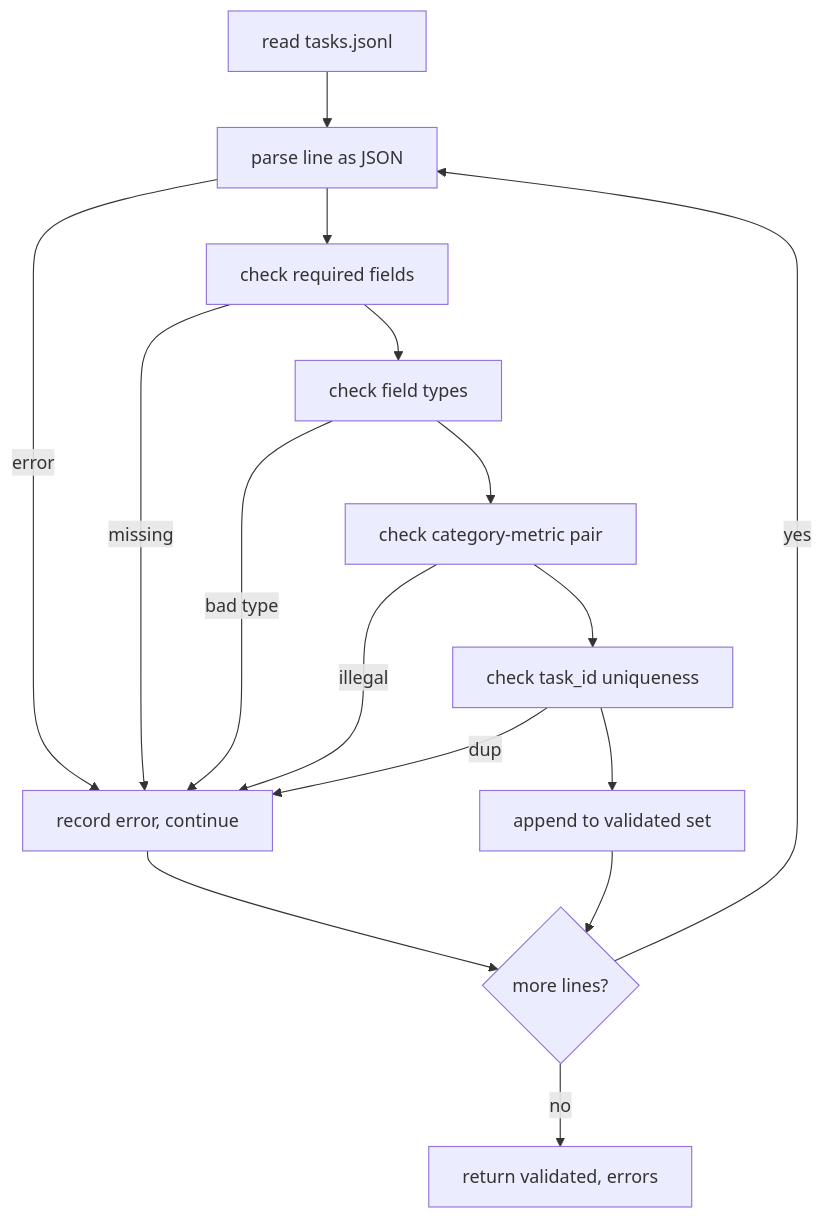
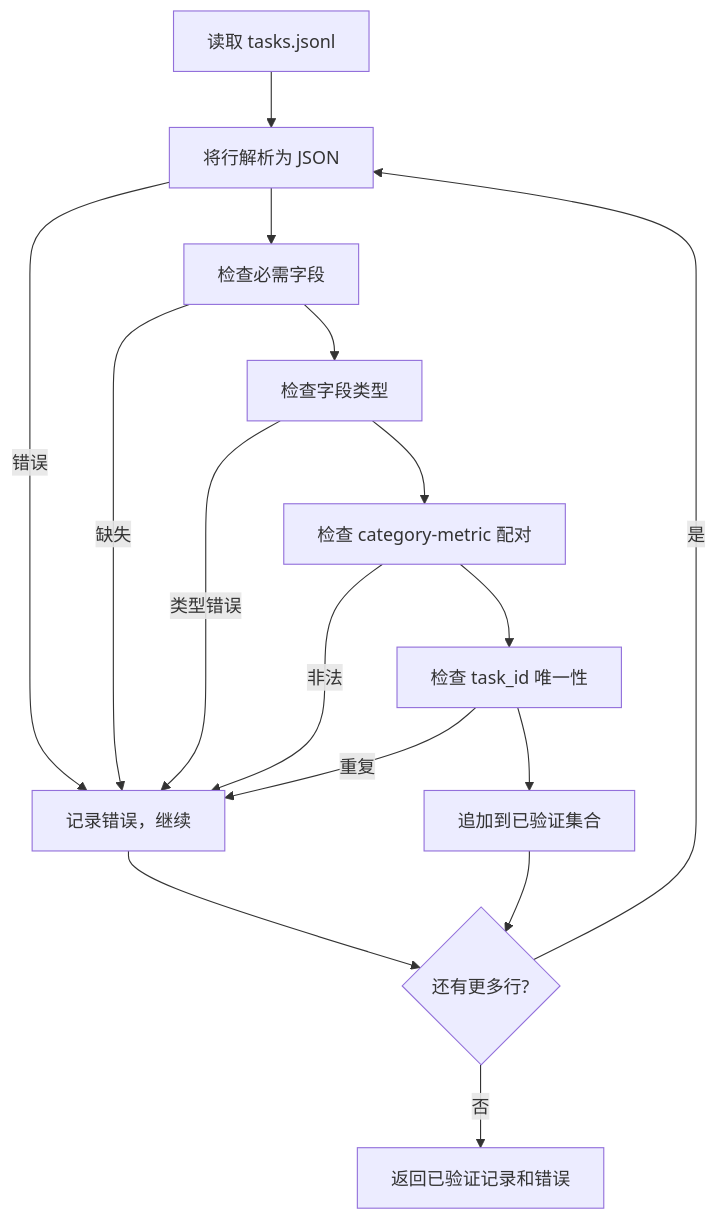
One commit to guangningsun/ailearning changed the diagram in lessons/19-capstone-projects/70-task-spec-format/docs/zh.md. Above: the diagram before and after it, drawn with Mermaid. The commit also changed other lines of this file and 85 other files, not shown here.

````diff
--- a/lessons/19-capstone-projects/70-task-spec-format/docs/zh.md
+++ b/lessons/19-capstone-projects/70-task-spec-format/docs/zh.md
@@ -63,18 +63,18 @@
 ```mermaid
 flowchart TD
-    A[read tasks.jsonl] --> B[parse line as JSON]
-    B -->|error| Z[record error, continue]
-    B --> C[check required fields]
-    C -->|missing| Z
-    C --> D[check field types]
-    D -->|bad type| Z
-    D --> E[check category-metric pair]
-    E -->|illegal| Z
-    E --> F[check task_id uniqueness]
-    F -->|dup| Z
-    F --> G[append to validated set]
-    Z --> H{more lines?}
+    A[读取 tasks.jsonl] --> B[将行解析为 JSON]
+    B -->|错误| Z[记录错误，继续]
+    B --> C[检查必需字段]
+    C -->|缺失| Z
+    C --> D[检查字段类型]
+    D -->|类型错误| Z
+    D --> E[检查 category-metric 配对]
+    E -->|非法| Z
+    E --> F[检查 task_id 唯一性]
+    F -->|重复| Z
+    F --> G[追加到已验证集合]
+    Z --> H{还有更多行?}
     G --> H
-    H -->|yes| B
-    H -->|no| I[return validated, errors]
+    H -->|是| B
+    H -->|否| I[返回已验证记录和错误]
 ```
````
